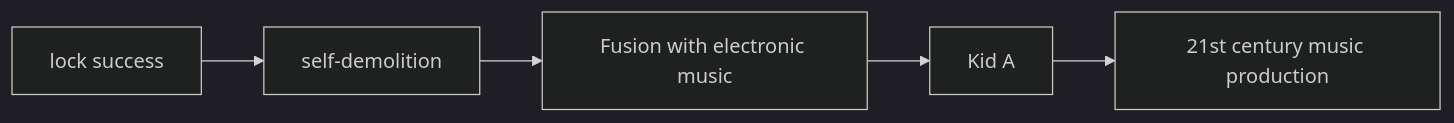
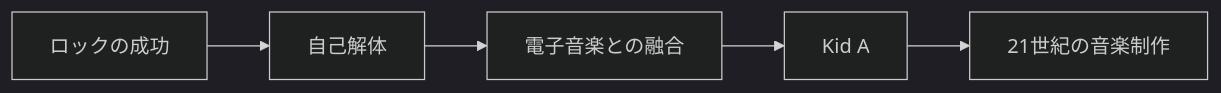
Diagram 16 of 20 in en/_posts/2026-07-02-column-influential-album-05.md (monumental-movement/monumental-movement.github.io), drawn with Mermaid (dark theme) before and after one commit. The commit also changed other lines of this file and 2196 other files, not shown here.

```diff
--- a/en/_posts/2026-07-02-column-influential-album-05.md
+++ b/en/_posts/2026-07-02-column-influential-album-05.md
@@ -1674,14 +1674,14 @@
 <div class="mermaid">
 flowchart LR
-A[lock success]
-B[self-demolition]
-C[Fusion with electronic music]
+A[ロックの成功]
+B[自己解体]
+C[電子音楽との融合]
 D[Kid A]
-E[21st century music production]
+E[21世紀の音楽制作]
 
 A --> B
 B --> C
 C --> D
 D --> E
 
 </div>
```
